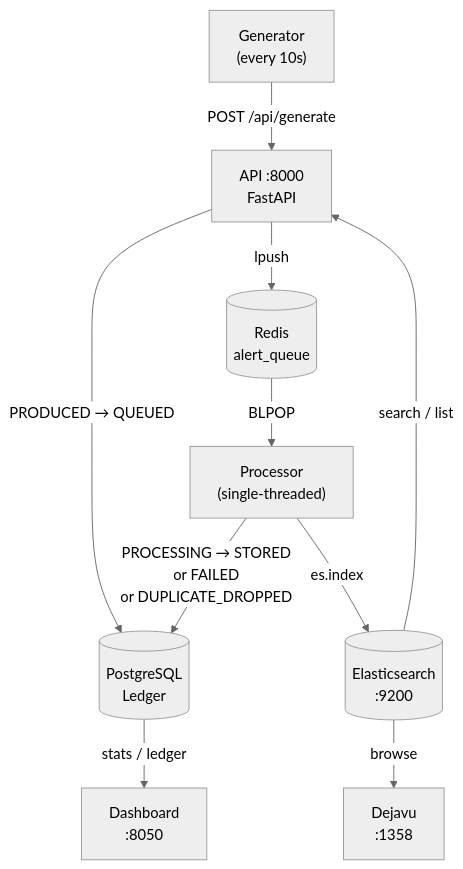
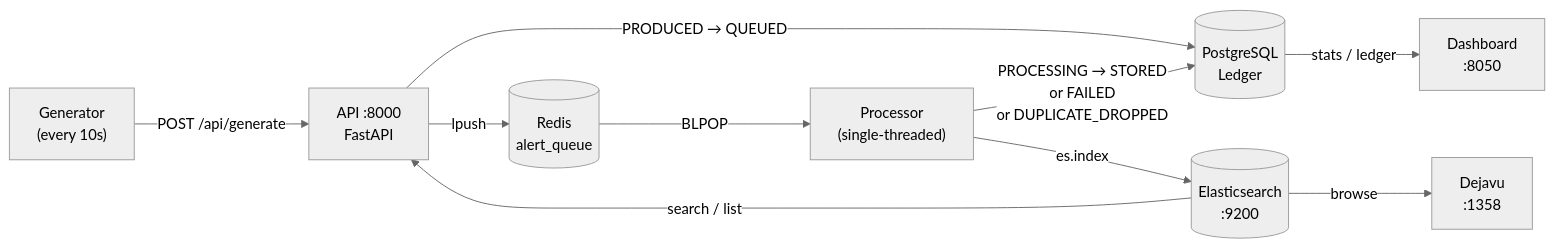
Before and after one commit to rahulgoel527/alert-pipeline-validation: the first of 3 diagrams in README.md, drawn with Mermaid (neutral theme). The commit also changed other lines of this file, not shown here.

Commit message:
readme update

````diff
--- a/README.md
+++ b/README.md
@@ -31,21 +33,21 @@
 ```mermaid
-flowchart TD
+flowchart LR
     GEN["Generator\n(every 10s)"]
     API["API :8000\nFastAPI"]
     PG[("PostgreSQL\nLedger")]
     RQ[("Redis\nalert_queue")]
     PROC["Processor\n(single-threaded)"]
     ES[("Elasticsearch\n:9200")]
     DASH["Dashboard\n:8050"]
     DEJ["Dejavu\n:1358"]
 
     GEN -- "POST /api/generate" --> API
     API -- "PRODUCED → QUEUED" --> PG
     API -- "lpush" --> RQ
     RQ -- "BLPOP" --> PROC
     PROC -- "PROCESSING → STORED\nor FAILED\nor DUPLICATE_DROPPED" --> PG
     PROC -- "es.index" --> ES
     PG -- "stats / ledger" --> DASH
     ES -- "search / list" --> API
     ES -- "browse" --> DEJ
 ```
````
